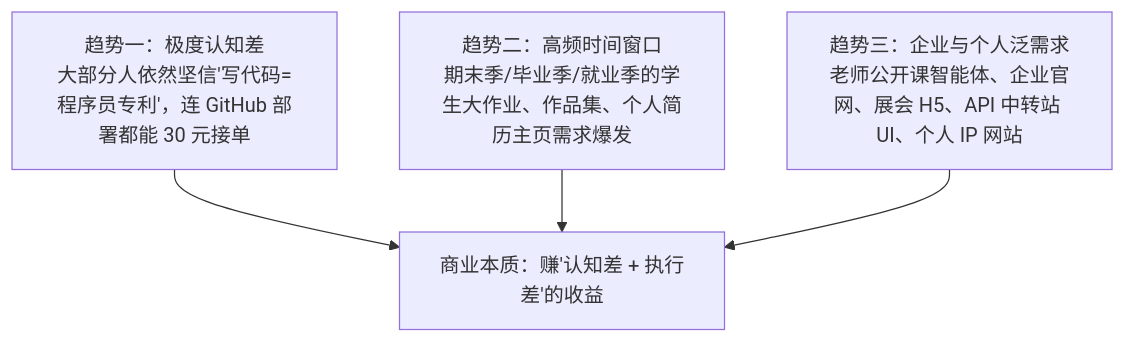
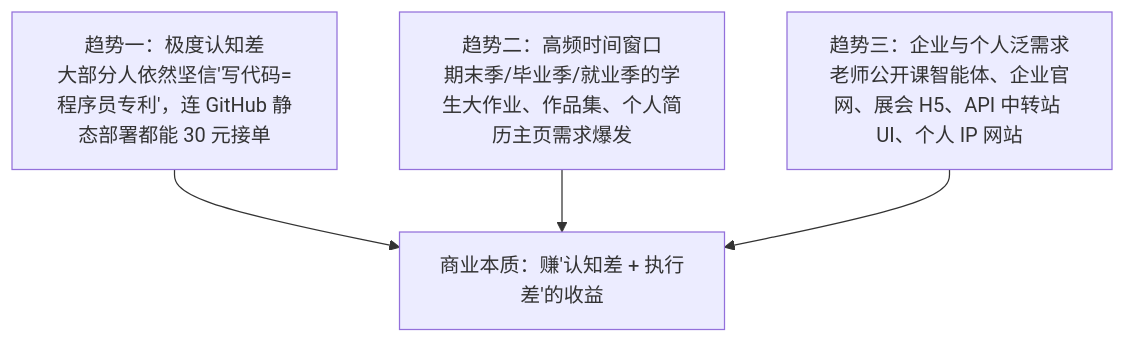
One commit to ponyletter/py310sphinx_knowledge changed the diagram in docs/source/courses/geek_notes_and_ai_dialogues/stage4_business_insights_and_thinking/06_case_youngster_ai_coding_monetization_sop.md. Above: the diagram before and after it, drawn with Mermaid. The commit also changed other lines of this file and 7 other files, not shown here.

````diff
--- a/docs/source/courses/geek_notes_and_ai_dialogues/stage4_business_insights_and_thinking/06_case_youngster_ai_coding_monetization_sop.md
+++ b/docs/source/courses/geek_notes_and_ai_dialogues/stage4_business_insights_and_thinking/06_case_youngster_ai_coding_monetization_sop.md
@@ -12,8 +15,8 @@
 ```mermaid
 flowchart TD
-    T1["趋势一：极度认知差<br/>大部分人依然坚信'写代码=程序员专利'，连 GitHub 部署都能 30 元接单"]
+    T1["趋势一：极度认知差<br/>大部分人依然坚信'写代码=程序员专利'，连 GitHub 静态部署都能 30 元接单"]
     T2["趋势二：高频时间窗口<br/>期末季/毕业季/就业季的学生大作业、作品集、个人简历主页需求爆发"]
     T3["趋势三：企业与个人泛需求<br/>老师公开课智能体、企业官网、展会 H5、API 中转站 UI、个人 IP 网站"]
     
     T1 & T2 & T3 --> R["商业本质：赚'认知差 + 执行差'的收益"]
 ```
````
